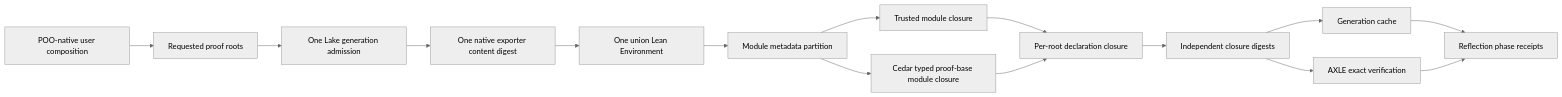
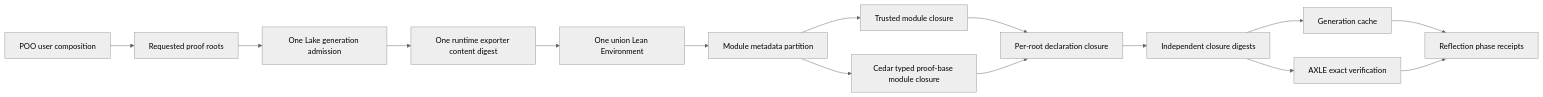
One commit to tao3k/gebril-yuanxu changed the diagram in module-system/design/45-120-63-lean-declaration-closure-generation-performance.org. Above: the diagram before and after it, drawn with Mermaid (neutral theme). The commit also changed other lines of this file and 1469 other files, not shown here.

```diff
--- a/module-system/design/45-120-63-lean-declaration-closure-generation-performance.org
+++ b/module-system/design/45-120-63-lean-declaration-closure-generation-performance.org
@@ -37,17 +37,17 @@
 #+begin_src mermaid
 flowchart LR
-  U[POO-native user composition] --> R[Requested proof roots]
+  U[POO user composition] --> R[Requested proof roots]
   R --> L[One Lake generation admission]
-  L --> H[One native exporter content digest]
+  L --> H[One runtime exporter content digest]
   H --> E[One union Lean Environment]
   E --> M[Module metadata partition]
   M --> T[Trusted module closure]
   M --> C[Cedar typed proof-base module closure]
   T --> Q[Per-root declaration closure]
   C --> Q
   Q --> D[Independent closure digests]
   D --> K[Generation cache]
   D --> A[AXLE exact verification]
   K --> F[Reflection phase receipts]
   A --> F
 #+end_src
```
